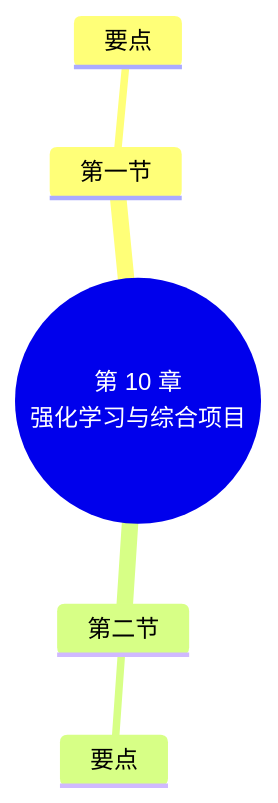
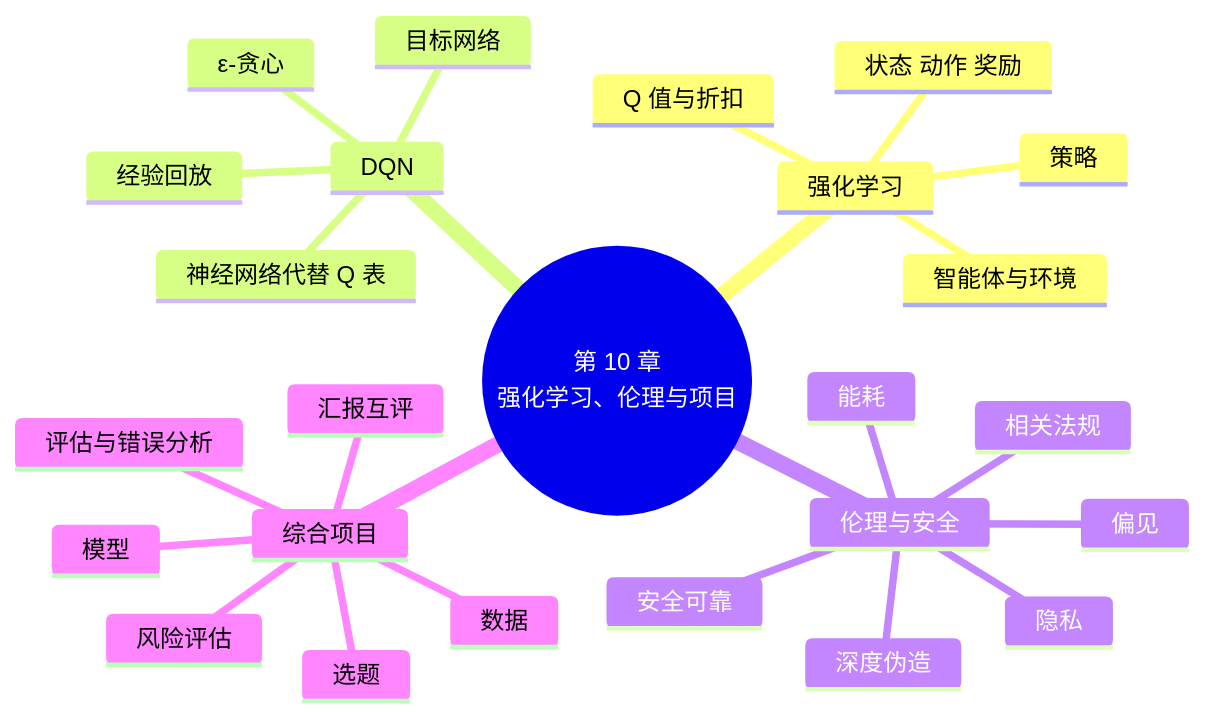
One commit to MingziFu9/dl-textbook changed the second of 2 diagrams in docs/chapters/10-drl-project/index.md. Above: the diagram before and after it, drawn with Mermaid. The commit also changed other lines of this file and 3 other files, not shown here.

````diff
--- a/docs/chapters/10-drl-project/index.md
+++ b/docs/chapters/10-drl-project/index.md
@@ -146,8 +360,28 @@
 ```mermaid
 mindmap
-  root((第 10 章<br/>强化学习与综合项目))
-    第一节
-      要点
-    第二节
-      要点
+  root((第 10 章<br/>强化学习、伦理与项目))
+    强化学习
+      智能体与环境
+      状态 动作 奖励
+      策略
+      Q 值与折扣
+    DQN
+      神经网络代替 Q 表
+      ε-贪心
+      经验回放
+      目标网络
+    伦理与安全
+      偏见
+      隐私
+      深度伪造
+      安全可靠
+      能耗
+      相关法规
+    综合项目
+      选题
+      数据
+      模型
+      评估与错误分析
+      风险评估
+      汇报互评
 ```
````
